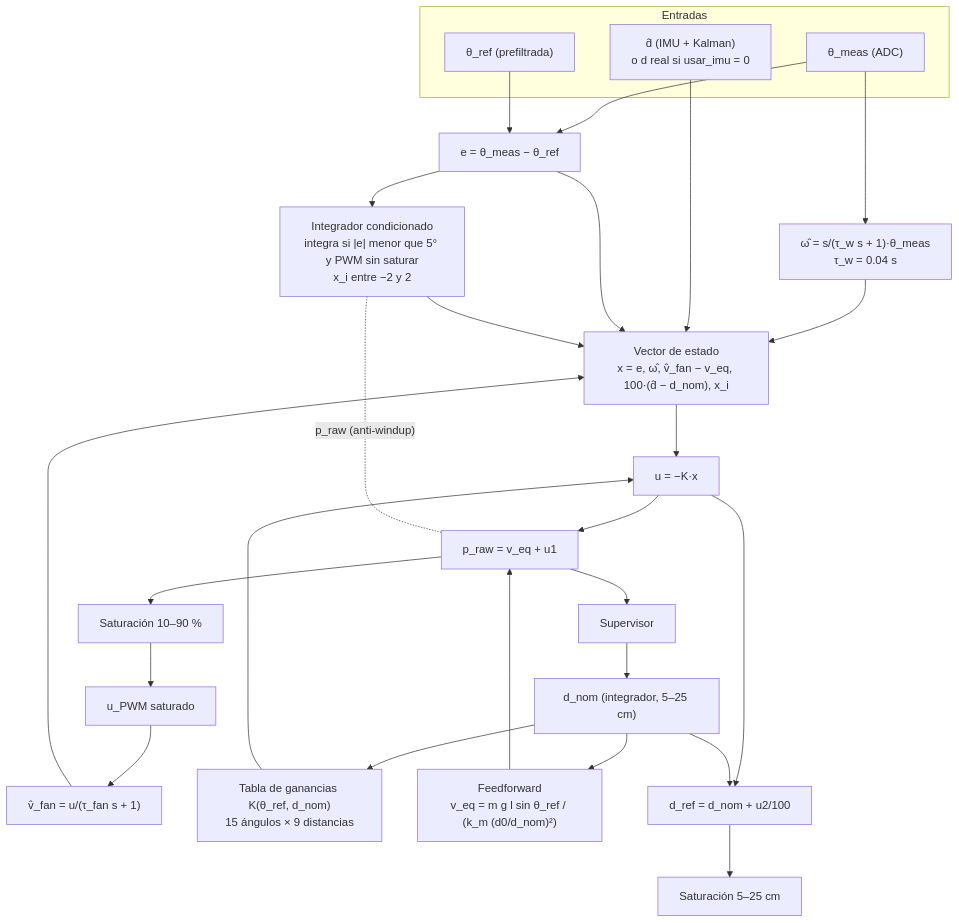
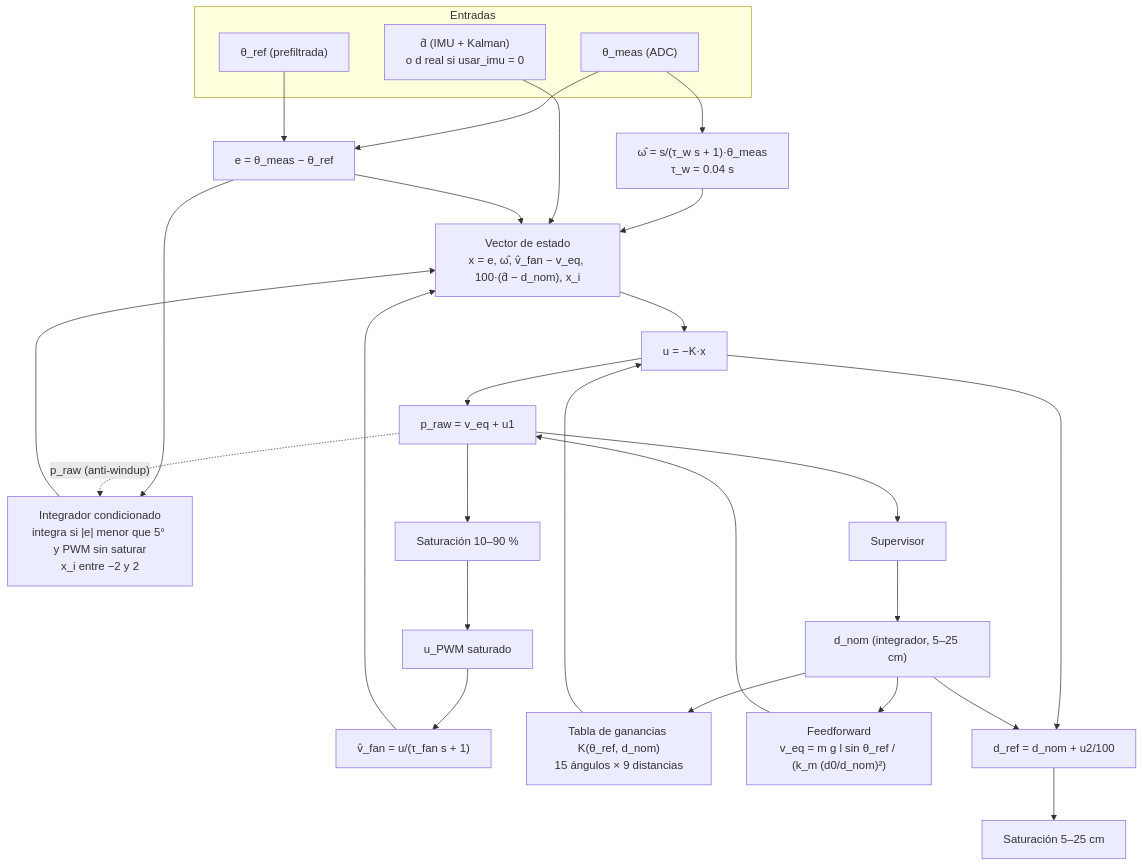
The fourth of 5 diagrams in README.md (SirJuanGod/Matlab-Car-Control-), drawn with Mermaid before and after one commit. The commit also changed other lines of this file and 5 other files, not shown here.

````diff
--- a/README.md
+++ b/README.md
@@ -426,32 +430,32 @@
 ```mermaid
 flowchart TB
     subgraph IN["Entradas"]
         TH["θ_meas (ADC)"]
         REF["θ_ref (prefiltrada)"]
         DEST["d̂ (IMU + Kalman)<br/>o d real si usar_imu = 0"]
     end
     TH --> OM["ω̂ = s/(τ_w s + 1)·θ_meas<br/>τ_w = 0.04 s"]
     UPWM["u_PWM saturado"] --> VF["v̂_fan = u/(τ_fan s + 1)"]
     TH --> ERR["e = θ_meas − θ_ref"]
     REF --> ERR
     ERR --> AW["Integrador condicionado<br/>integra si |e| menor que 5° y PWM sin saturar<br/>x_i entre −2 y 2"]
     OM --> X["Vector de estado<br/>x = e, ω̂, v̂_fan − v_eq, 100·(d̂ − d_nom), x_i"]
     VF --> X
     DEST --> X
     ERR --> X
     AW --> X
     SCH["Tabla de ganancias K(θ_ref, d_nom)<br/>15 ángulos × 9 distancias"] --> LAW["u = −K·x"]
     X --> LAW
     VEQ["Feedforward<br/>v_eq = m g l sin θ_ref / (k_m (d0/d_nom)²)"] --> SUMP["p_raw = v_eq + u1"]
     LAW --> SUMP
     SUMP --> SATP["Saturación 10–90 %"]
     SATP --> UPWM
     SUMP --> SUPV["Supervisor"]
     SUPV --> DNOM["d_nom (integrador, 5–25 cm)"]
     DNOM --> SCH
     DNOM --> VEQ
     LAW --> DREF["d_ref = d_nom + u2/100"]
     DNOM --> DREF
     DREF --> SATD["Saturación 5–25 cm"]
-    AW -. "p_raw (anti-windup)" .- SUMP
+    SUMP -. "p_raw (anti-windup)" .-> AW
 ```
````
